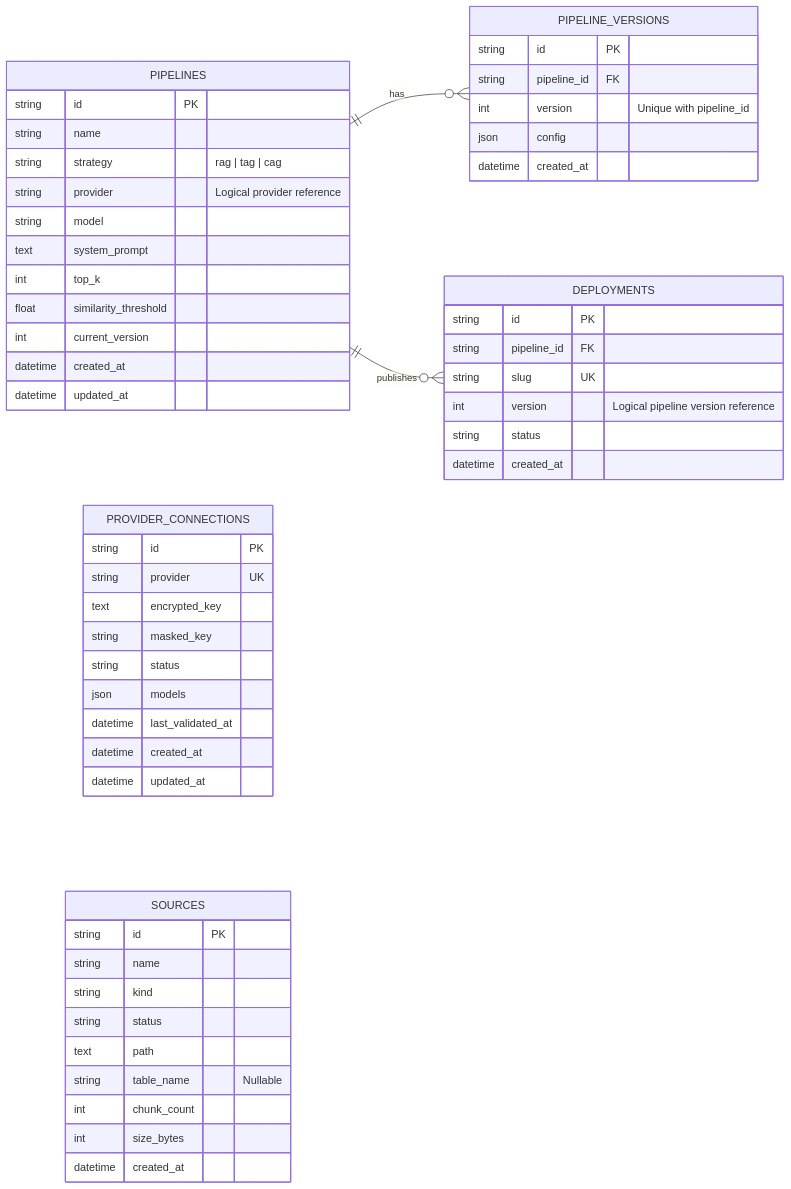
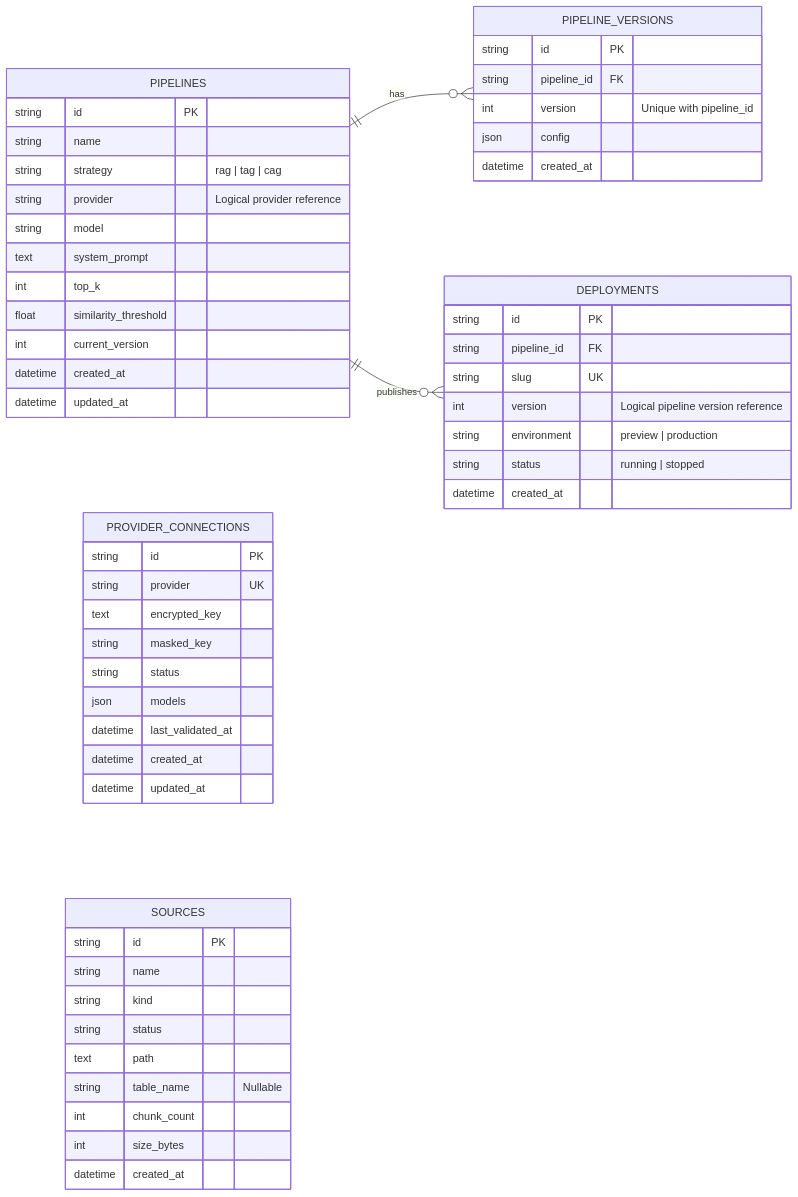
Before and after one commit to grant0808/RAG_Platform: the diagram in ERD.md, drawn with Mermaid. The commit also changed other lines of this file and 13 other files, not shown here.

````diff
--- a/ERD.md
+++ b/ERD.md
@@ -8,62 +8,63 @@
 ```mermaid
 erDiagram
     direction LR
 
     PIPELINES ||--o{ PIPELINE_VERSIONS : has
     PIPELINES ||--o{ DEPLOYMENTS : publishes
 
     PROVIDER_CONNECTIONS {
         string id PK
         string provider UK
         text encrypted_key
         string masked_key
         string status
         json models
         datetime last_validated_at
         datetime created_at
         datetime updated_at
     }
 
     SOURCES {
         string id PK
         string name
         string kind
         string status
         text path
         string table_name "Nullable"
         int chunk_count
         int size_bytes
         datetime created_at
     }
 
     PIPELINES {
         string id PK
         string name
         string strategy "rag | tag | cag"
         string provider "Logical provider reference"
         string model
         text system_prompt
         int top_k
         float similarity_threshold
         int current_version
         datetime created_at
         datetime updated_at
     }
 
     PIPELINE_VERSIONS {
         string id PK
         string pipeline_id FK
         int version "Unique with pipeline_id"
         json config
         datetime created_at
     }
 
     DEPLOYMENTS {
         string id PK
         string pipeline_id FK
         string slug UK
         int version "Logical pipeline version reference"
-        string status
+        string environment "preview | production"
+        string status "running | stopped"
         datetime created_at
     }
 ```
````
